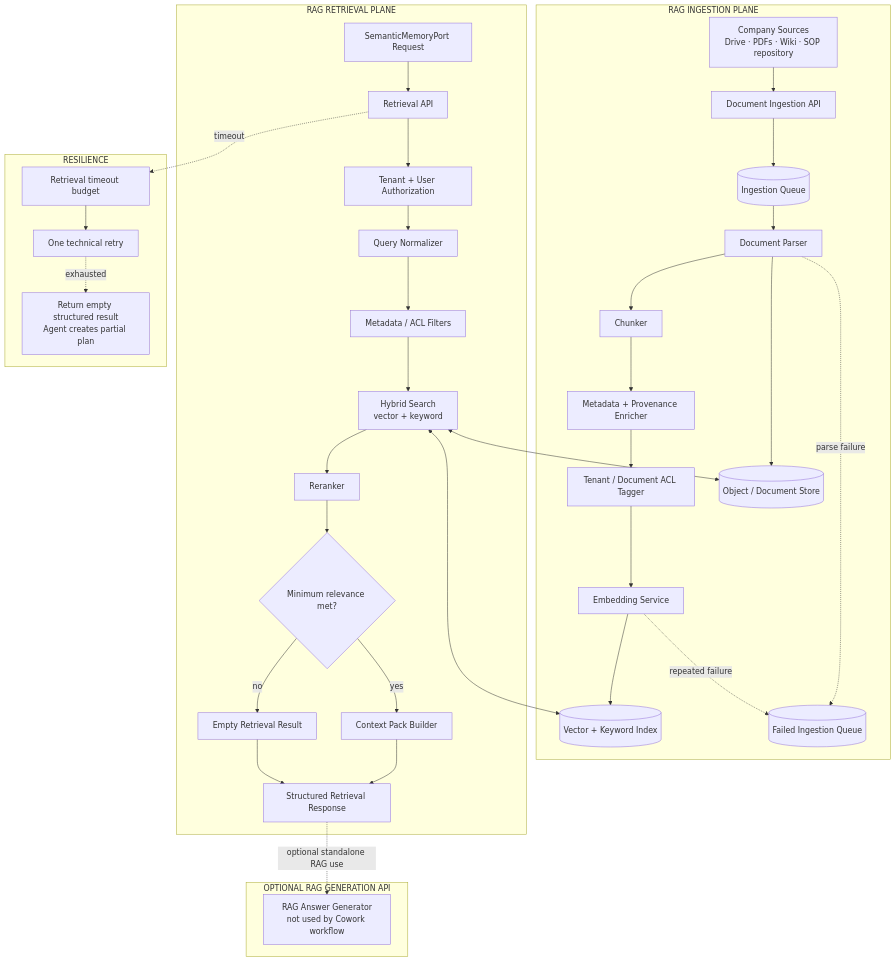
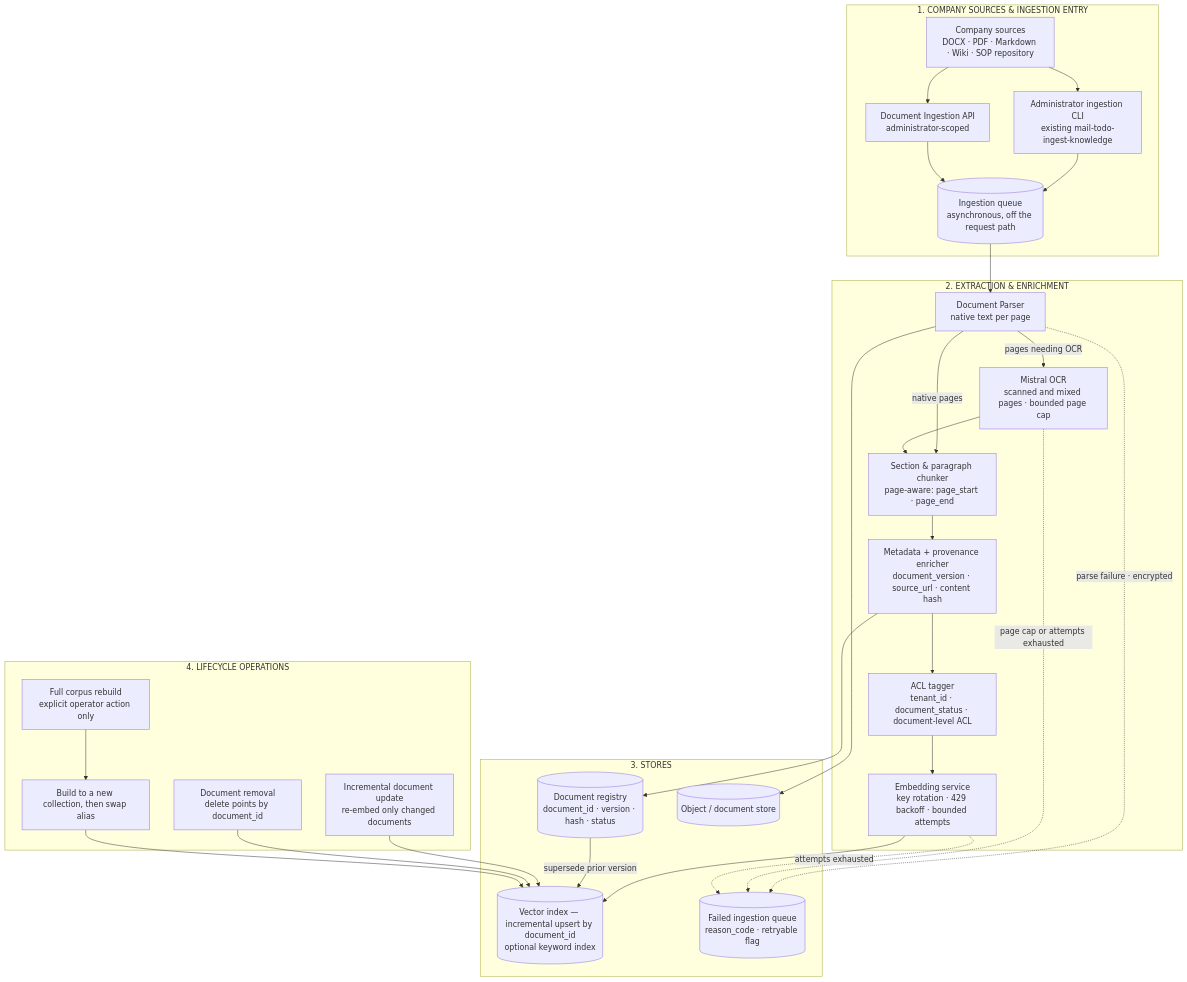
The eighth of 12 diagrams in docs/architectures/TARGET-ARCHITECTURE.md (MathematicGuy/EMAIL-AGENT-v1), drawn with Mermaid before and after one commit. The commit also changed other lines of this file, not shown here.

Commit message:
Update RAG Target Architecture

````diff
--- a/docs/architectures/TARGET-ARCHITECTURE.md
+++ b/docs/architectures/TARGET-ARCHITECTURE.md
@@ -823,73 +945,66 @@
 ```mermaid
 flowchart TB
 
     %% =========================================================
-    %% INGESTION PLANE
+    %% SOURCES & ENTRY
     %% =========================================================
-    subgraph INGEST["RAG INGESTION PLANE"]
-        SOURCES["Company Sources<br/>Drive · PDFs · Wiki · SOP repository"]
-        INGESTAPI["Document Ingestion API"]
-        INGESTQ[("Ingestion Queue")]
-        PARSER["Document Parser"]
-        CHUNK["Chunker"]
-        META["Metadata + Provenance Enricher"]
-        ACL["Tenant / Document ACL Tagger"]
-        EMBED["Embedding Service"]
-        OBJ[("Object / Document Store")]
-        INDEX[("Vector + Keyword Index")]
-        FAILED[("Failed Ingestion Queue")]
+    subgraph SOURCES_PLANE["1. COMPANY SOURCES & INGESTION ENTRY"]
+        SOURCES["Company sources<br/>DOCX · PDF · Markdown · Wiki · SOP repository"]
+        CLI2["Administrator ingestion CLI<br/>existing mail-todo-ingest-knowledge"]
+        INGESTAPI["Document Ingestion API<br/>administrator-scoped"]
+        INGESTQ[("Ingestion queue<br/>asynchronous, off the request path")]
     end
 
+    SOURCES --> CLI2 --> INGESTQ
     SOURCES --> INGESTAPI --> INGESTQ
-    INGESTQ --> PARSER --> CHUNK --> META --> ACL --> EMBED
+
+    %% =========================================================
+    %% EXTRACTION & ENRICHMENT
+    %% =========================================================
+    subgraph PROCESS["2. EXTRACTION & ENRICHMENT"]
+        PARSER["Document Parser<br/>native text per page"]
+        OCR["Mistral OCR<br/>scanned and mixed pages · bounded page cap"]
+        CHUNK["Section & paragraph chunker<br/>page-aware: page_start · page_end"]
+        META["Metadata + provenance enricher<br/>document_version · source_url · content hash"]
+        ACL2["ACL tagger<br/>tenant_id · document_status · document-level ACL"]
+        EMBED["Embedding service<br/>key rotation · 429 backoff · bounded attempts"]
+    end
+
+    INGESTQ --> PARSER
+    PARSER -->|native pages| CHUNK
+    PARSER -->|pages needing OCR| OCR --> CHUNK
+    CHUNK --> META --> ACL2 --> EMBED
+
+    %% =========================================================
+    %% STORES
+    %% =========================================================
+    subgraph STORES["3. STORES"]
+        REGISTRY[("Document registry<br/>document_id · version · hash · status")]
+        OBJ[("Object / document store")]
+        INDEX[("Vector index — incremental upsert by document_id<br/>optional keyword index")]
+        FAILED[("Failed ingestion queue<br/>reason_code · retryable flag")]
+    end
+
+    META --> REGISTRY
     PARSER --> OBJ
     EMBED --> INDEX
-    PARSER -. parse failure .-> FAILED
-    EMBED -. repeated failure .-> FAILED
+    REGISTRY -->|"supersede prior version"| INDEX
+
+    PARSER -.->|"parse failure · encrypted"| FAILED
+    OCR -.->|"page cap or attempts exhausted"| FAILED
+    EMBED -.->|"attempts exhausted"| FAILED
 
     %% =========================================================
-    %% RETRIEVAL PLANE
+    %% LIFECYCLE OPERATIONS
     %% =========================================================
-    subgraph RETRIEVE["RAG RETRIEVAL PLANE"]
-        PORT["SemanticMemoryPort Request"]
-        RETAPI["Retrieval API"]
-        AUTH["Tenant + User Authorization"]
-        QUERY["Query Normalizer"]
-        FILTER["Metadata / ACL Filters"]
-        HYBRID["Hybrid Search<br/>vector + keyword"]
-        RERANK["Reranker"]
-        THRESHOLD{"Minimum relevance met?"}
-        PACK["Context Pack Builder"]
-        EMPTY["Empty Retrieval Result"]
-        RESPONSE["Structured Retrieval Response"]
+    subgraph LIFECYCLE["4. LIFECYCLE OPERATIONS"]
+        UPDATE["Incremental document update<br/>re-embed only changed documents"]
+        REMOVE["Document removal<br/>delete points by document_id"]
+        REBUILD["Full corpus rebuild<br/>explicit operator action only"]
+        SWAP["Build to a new collection, then swap alias"]
     end
 
-    PORT --> RETAPI --> AUTH --> QUERY --> FILTER --> HYBRID
-    HYBRID <--> INDEX
-    HYBRID <--> OBJ
-    HYBRID --> RERANK --> THRESHOLD
-
-    THRESHOLD -->|yes| PACK --> RESPONSE
-    THRESHOLD -->|no| EMPTY --> RESPONSE
-
-    %% =========================================================
-    %% OPTIONAL GENERATION
-    %% =========================================================
-    subgraph OPTIONAL["OPTIONAL RAG GENERATION API"]
-        RAGGEN["RAG Answer Generator<br/>not used by Cowork workflow"]
-    end
-
-    RESPONSE -. optional standalone RAG use .-> RAGGEN
-
-    %% =========================================================
-    %% RESILIENCE
-    %% =========================================================
-    subgraph RESILIENCE["RESILIENCE"]
-        TIMEOUT["Retrieval timeout budget"]
-        RETRY["One technical retry"]
-        FALLBACK["Return empty structured result<br/>Agent creates partial plan"]
-    end
-
-    RETAPI -. timeout .-> TIMEOUT --> RETRY
-    RETRY -. exhausted .-> FALLBACK
+    UPDATE --> INDEX
+    REMOVE --> INDEX
+    REBUILD --> SWAP --> INDEX
 ```
````
